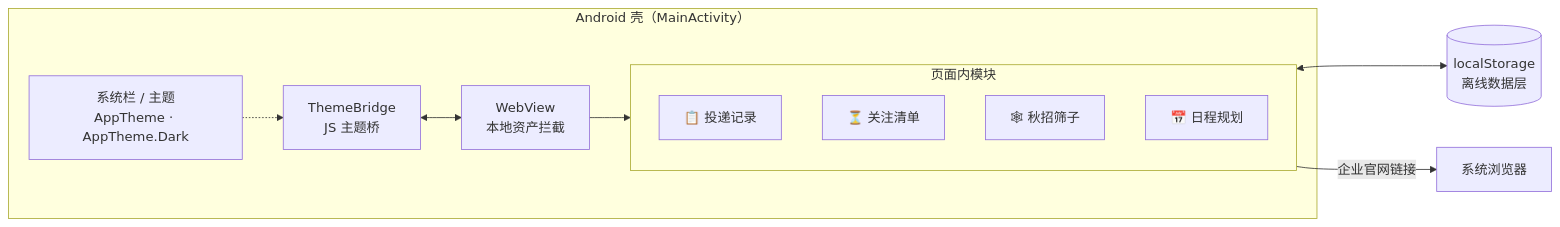
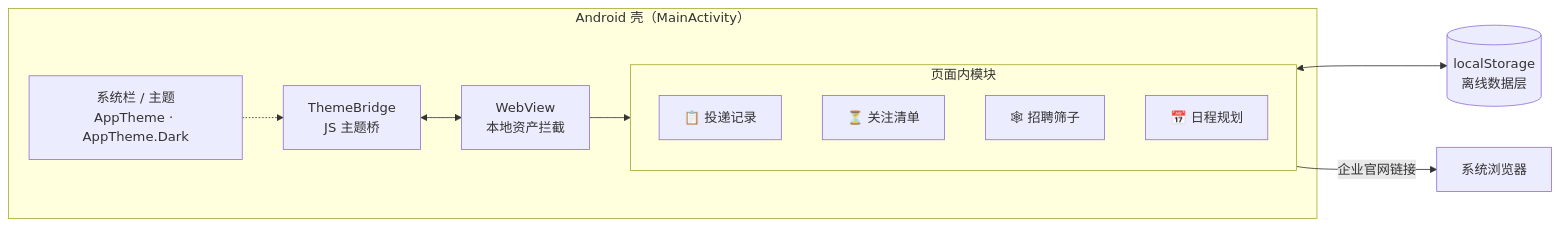
The first of 2 diagrams in README.md (Newbie-RGB-08/OfferBeacon), drawn with Mermaid before and after one commit. The commit also changed other lines of this file, not shown here.

````diff
--- a/README.md
+++ b/README.md
@@ -34,16 +34,16 @@
 ```mermaid
 flowchart LR
     subgraph Android["Android 壳（MainActivity）"]
         A[ThemeBridge<br/>JS 主题桥] <--> C
         C[WebView<br/>本地资产拦截] --> D[index.html<br/>单页工作台]
         S[系统栏 / 主题<br/>AppTheme · AppTheme.Dark] -.-> A
     end
     subgraph D["页面内模块"]
         D1[📋 投递记录]
         D2[⏳ 关注清单]
-        D3[🕸 秋招筛子]
+        D3[🕸 招聘筛子]
         D4[📅 日程规划]
     end
     D <--> LS[("localStorage<br/>离线数据层")]
     D -->|企业官网链接| B[系统浏览器]
 ```
````
